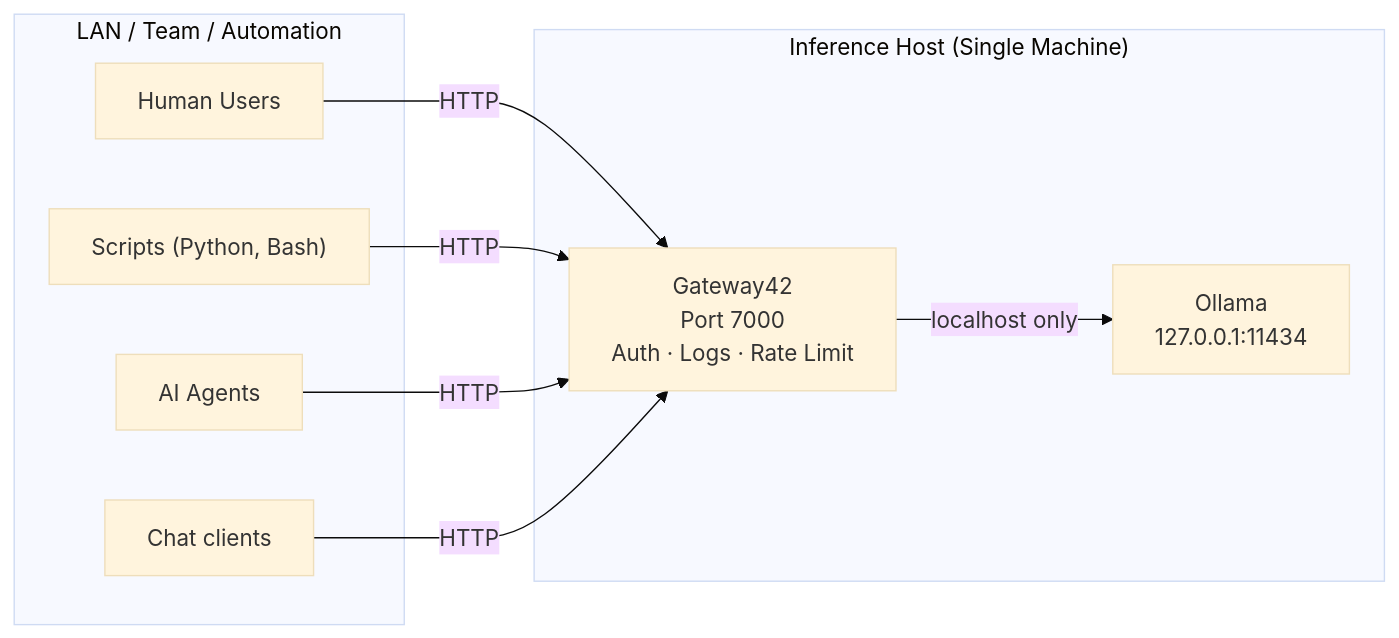
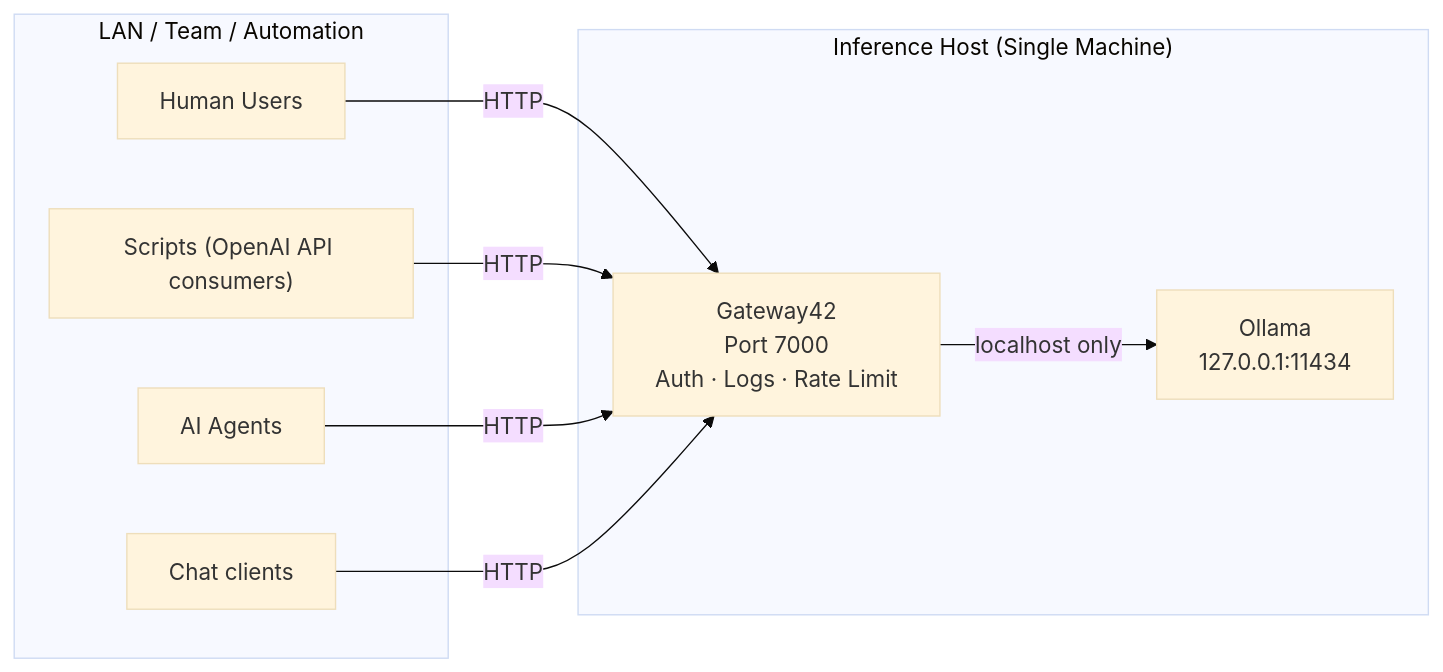
The diagram in README.md (org42-consulting/gateway42), drawn with Mermaid (base theme) before and after one commit. The commit also changed other lines of this file and 7 other files, not shown here.

````diff
--- a/README.md
+++ b/README.md
@@ -11,17 +11,17 @@
 ```mermaid
 flowchart LR
     subgraph Host["Inference Host (Single Machine)"]
         OLLAMA["Ollama\n127.0.0.1:11434"]
         GATEWAY["Gateway42\nPort 7000\nAuth · Logs · Rate Limit"]
         GATEWAY -->|localhost only| OLLAMA
     end
 
     subgraph LAN["LAN / Team / Automation"]
         USERS["Human Users"]
-        SCRIPTS["Scripts (Python, Bash)"]
+        SCRIPTS["Scripts (OpenAI API consumers)"]
         AGENTS["AI Agents"]
         CHAT["Chat clients"]
     end
 
     USERS & SCRIPTS & AGENTS & CHAT -->|HTTP| GATEWAY
 ```
````
